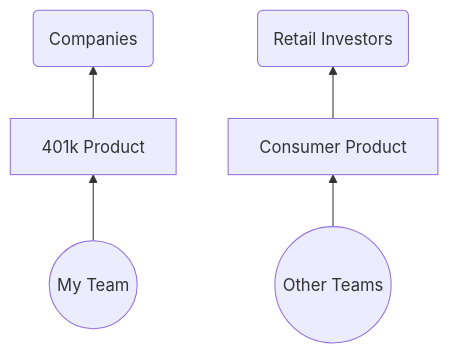
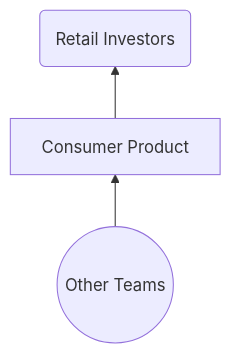
The first of 6 diagrams in railsconf-2022/slides.md (smudge/decks), drawn with Mermaid before and after one commit. The commit also changed other lines of this file and 1 other file, not shown here.

````diff
--- a/railsconf-2022/slides.md
+++ b/railsconf-2022/slides.md
@@ -254,8 +287,6 @@
 ```mermaid
 graph BT
 
-A((My Team)) --> B[401k Product]
-B --> C(Companies)
 D((Other Teams)) --> E[Consumer Product]
 E --> F(Retail Investors)
 ```
````
